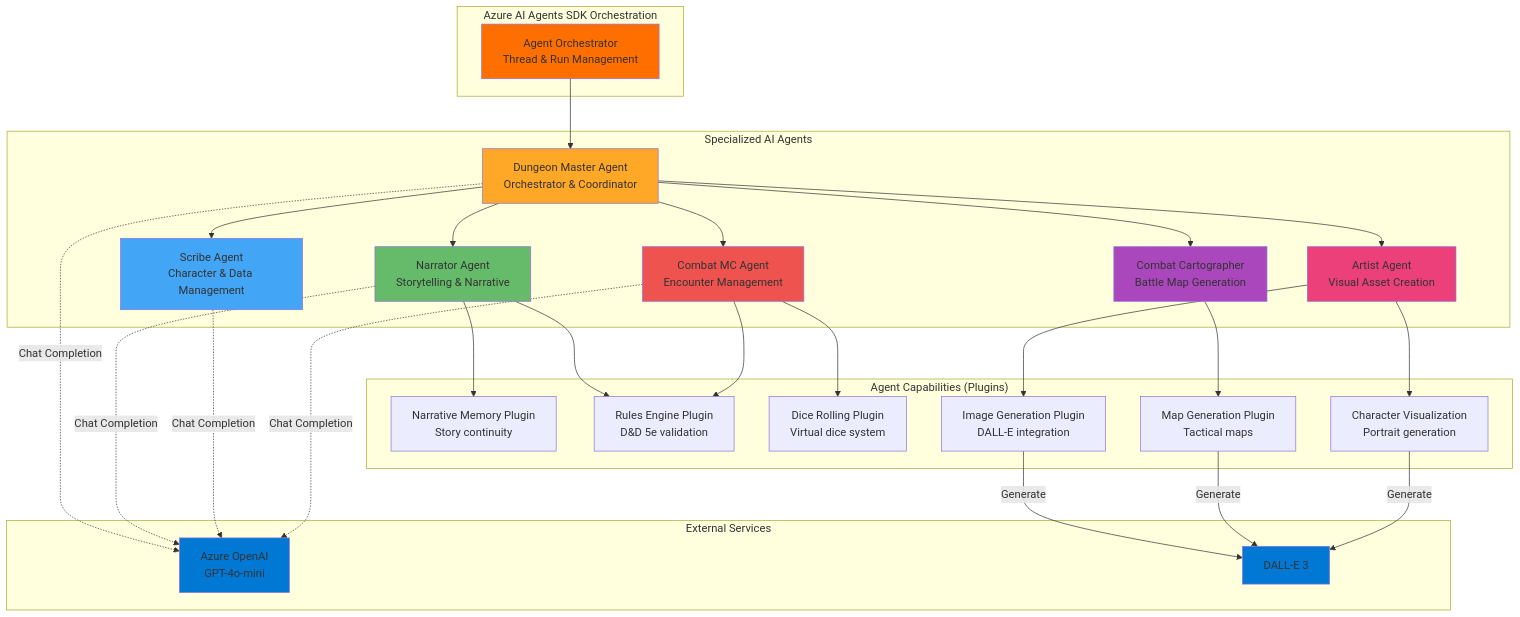
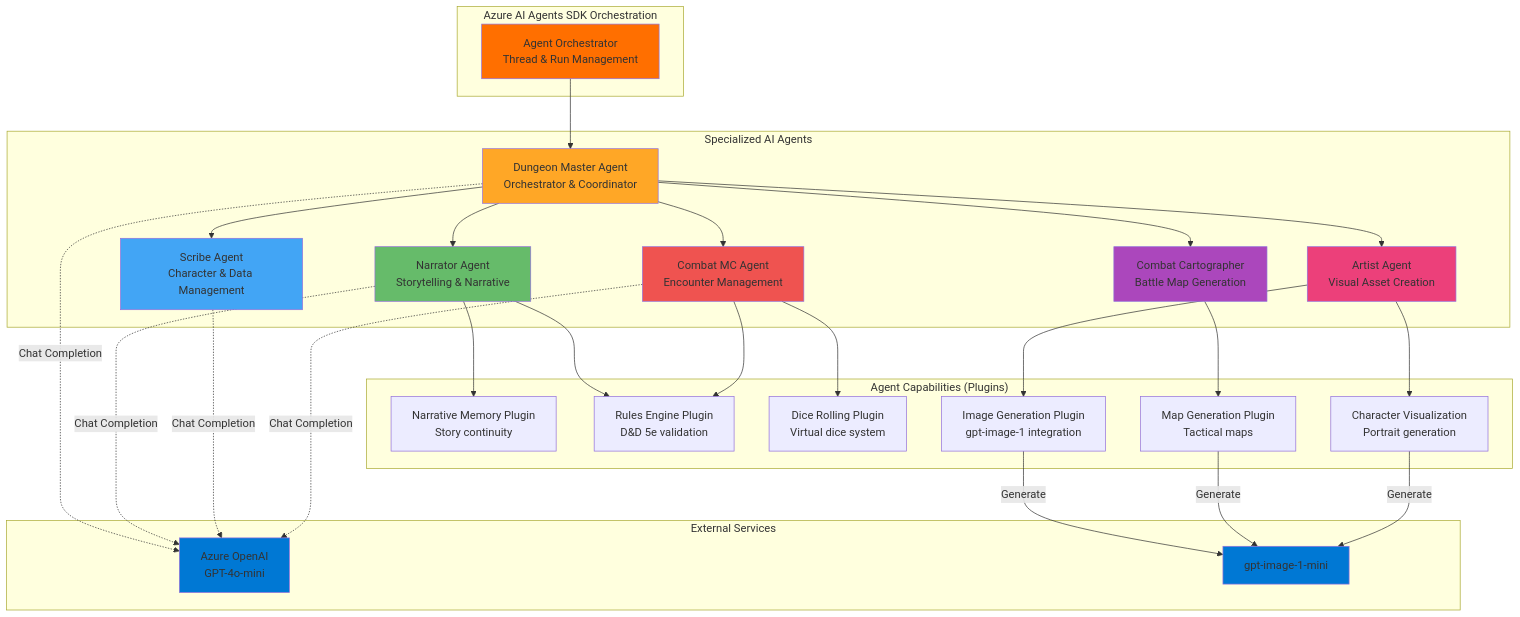
Before and after one commit to SecuringTheRealm/str-agentic-adventures: the third of 16 diagrams in docs/architecture.md, drawn with Mermaid. The commit also changed other lines of this file and 17 other files, not shown here.

First line of the commit message:
fix: migrate from retired DALL-E 3 to gpt-image-1-mini (closes #408)

````diff
--- a/docs/architecture.md
+++ b/docs/architecture.md
@@ -299,62 +299,62 @@
 ```mermaid
 graph TB
     subgraph "Azure AI Agents SDK Orchestration"
         Orchestrator[Agent Orchestrator<br/>Thread & Run Management]
     end
 
     subgraph "Specialized AI Agents"
         DM[Dungeon Master Agent<br/>Orchestrator & Coordinator]
         Narrator[Narrator Agent<br/>Storytelling & Narrative]
         Scribe[Scribe Agent<br/>Character & Data Management]
         CombatMC[Combat MC Agent<br/>Encounter Management]
         Cartographer[Combat Cartographer<br/>Battle Map Generation]
         Artist[Artist Agent<br/>Visual Asset Creation]
     end
 
     subgraph "Agent Capabilities (Plugins)"
         NarrativeMemory[Narrative Memory Plugin<br/>Story continuity]
         Rules[Rules Engine Plugin<br/>D&D 5e validation]
         Dice[Dice Rolling Plugin<br/>Virtual dice system]
-        ImageGen[Image Generation Plugin<br/>DALL-E integration]
+        ImageGen[Image Generation Plugin<br/>gpt-image-1 integration]
         MapGen[Map Generation Plugin<br/>Tactical maps]
         CharViz[Character Visualization<br/>Portrait generation]
     end
 
     subgraph "External Services"
         AzureAI[Azure OpenAI<br/>GPT-4o-mini]
-        DALLE[DALL-E 3]
+        DALLE[gpt-image-1-mini]
     end
 
     Orchestrator --> DM
     DM --> Narrator
     DM --> Scribe
     DM --> CombatMC
     DM --> Cartographer
     DM --> Artist
 
     Narrator --> NarrativeMemory
     Narrator --> Rules
     CombatMC --> Dice
     CombatMC --> Rules
     Artist --> ImageGen
     Artist --> CharViz
     Cartographer --> MapGen
 
     DM -.->|Chat Completion| AzureAI
     Narrator -.->|Chat Completion| AzureAI
     Scribe -.->|Chat Completion| AzureAI
     CombatMC -.->|Chat Completion| AzureAI
     ImageGen -->|Generate| DALLE
     MapGen -->|Generate| DALLE
     CharViz -->|Generate| DALLE
 
     style Orchestrator fill:#FF6F00
     style DM fill:#FFA726
     style Narrator fill:#66BB6A
     style Scribe fill:#42A5F5
     style CombatMC fill:#EF5350
     style Cartographer fill:#AB47BC
     style Artist fill:#EC407A
     style AzureAI fill:#0078D4
     style DALLE fill:#0078D4
 ```
````
